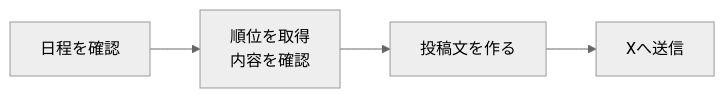
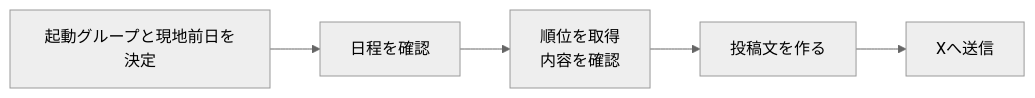
Before and after one commit to shin4488/MlbBot: the diagram in docs/development.md, drawn with Mermaid (neutral theme). The commit also changed other lines of this file and 23 other files, not shown here.

````diff
--- a/docs/development.md
+++ b/docs/development.md
@@ -9,5 +9,5 @@
 ```mermaid
 flowchart LR
-    A["日程を確認"] --> B["順位を取得<br>内容を確認"]
+    S["起動グループと現地前日を決定"] --> A["日程を確認"] --> B["順位を取得<br>内容を確認"]
     B --> C["投稿文を作る"] --> D["Xへ送信"]
 ```
````
